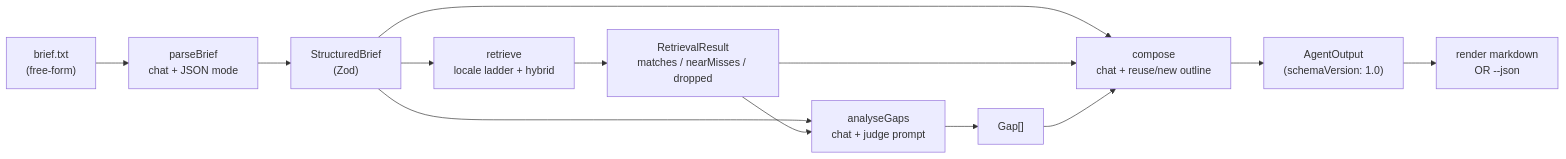
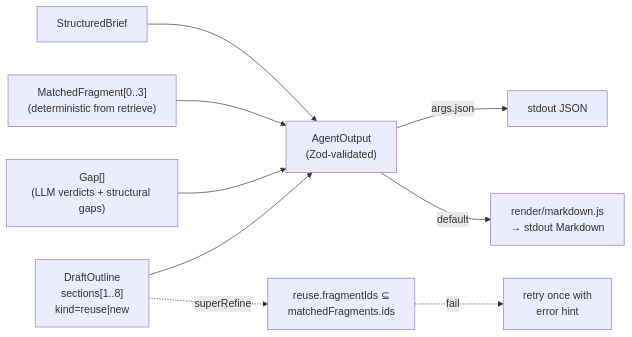
The third of 5 diagrams in docs/architecture.md (LucaNerlich/2026-06-26-aem-content-discovery-agent), drawn with Mermaid before and after one commit. The commit also changed other lines of this file and 16 other files, not shown here.

````diff
--- a/docs/architecture.md
+++ b/docs/architecture.md
@@ -10,15 +225,11 @@
 ```mermaid
 flowchart LR
-    A["brief.txt<br/>(free-form)"] --> B["parseBrief<br/>chat + JSON mode"]
-    B --> C["StructuredBrief<br/>(Zod)"]
-    C --> D["retrieve<br/>locale ladder + hybrid"]
-    D --> E["RetrievalResult<br/>matches / nearMisses / dropped"]
-    C --> F["analyseGaps<br/>chat + judge prompt"]
-    E --> F
-    F --> G["Gap[]"]
-    C --> H["compose<br/>chat + reuse/new outline"]
-    E --> H
-    G --> H
-    H --> I["AgentOutput<br/>(schemaVersion: 1.0)"]
-    I --> J["render markdown<br/>OR --json"]
+    Brief["StructuredBrief"] --> Out["AgentOutput<br/>(Zod-validated)"]
+    Matches["MatchedFragment[0..3]<br/>(deterministic from retrieve)"] --> Out
+    Gaps["Gap[]<br/>(LLM verdicts + structural gaps)"] --> Out
+    Outline["DraftOutline<br/>sections[1..8]<br/>kind=reuse|new"] --> Out
+    Out -->|args.json| JSON["stdout JSON"]
+    Out -->|default| MD["render/markdown.js<br/>→ stdout Markdown"]
+    Outline -.superRefine.-> Check["reuse.fragmentIds ⊆<br/>matchedFragments.ids"]
+    Check -.fail.-> Retry["retry once with<br/>error hint"]
 ```
````
